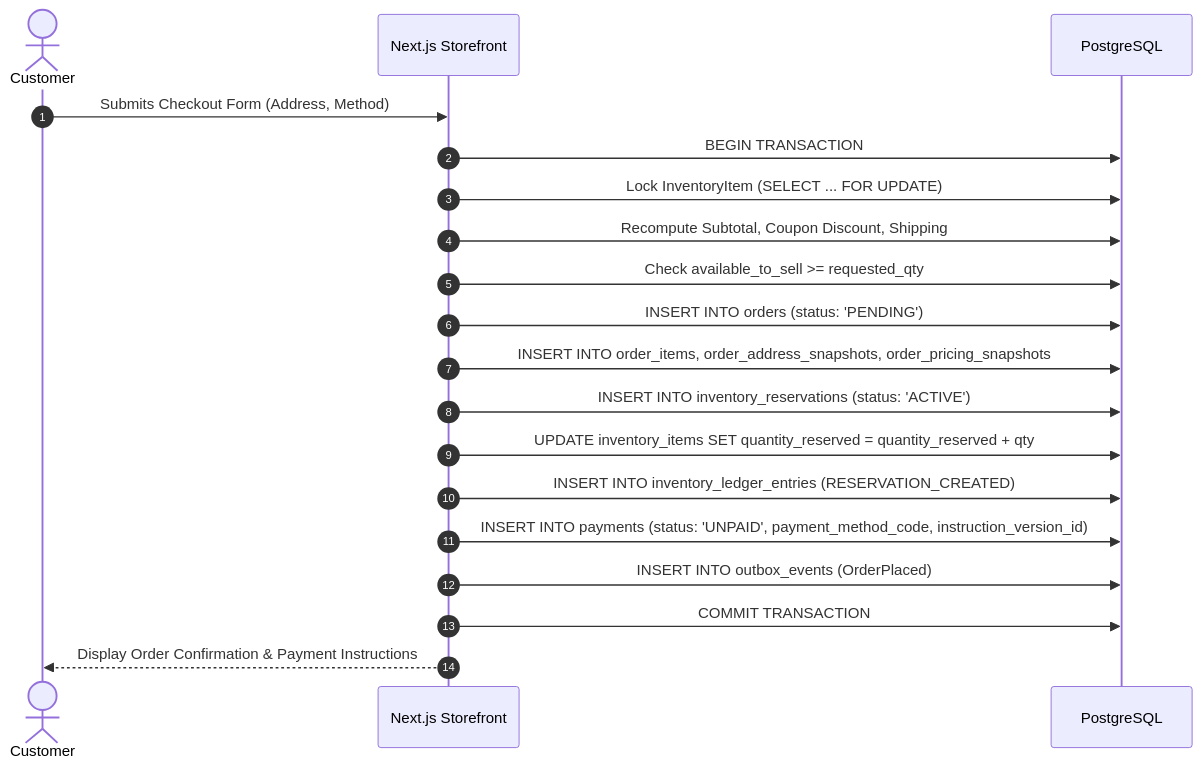
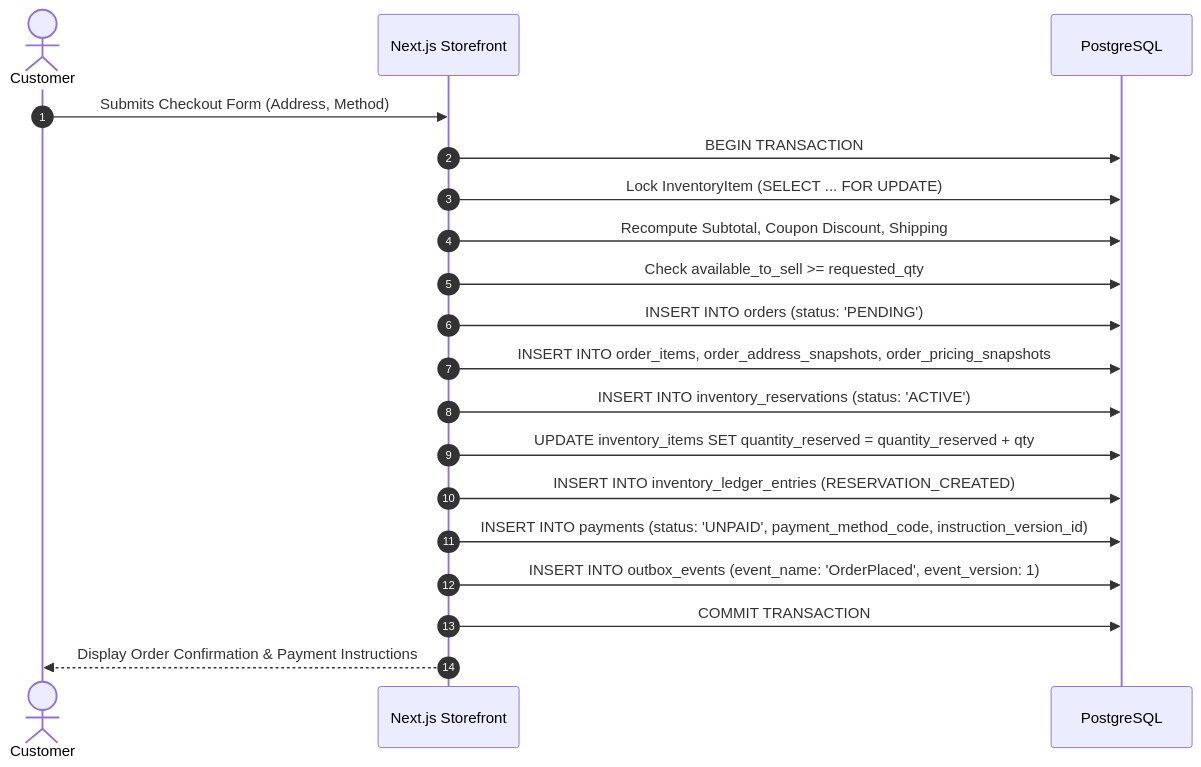
Before and after one commit to SaeBryxn/GamerPeru-Vercel: the ninth of 15 diagrams in docs/architecture/COMMERCE_DOMAIN_MODEL.md, drawn with Mermaid. The commit also changed other lines of this file and 1 other file, not shown here.

Commit message:
docs: finalize GP-004 schema readiness

````diff
--- a/docs/architecture/COMMERCE_DOMAIN_MODEL.md
+++ b/docs/architecture/COMMERCE_DOMAIN_MODEL.md
@@ -1271,22 +1327,22 @@
 ```mermaid
 sequenceDiagram
     autonumber
     actor Customer
     participant Storefront as Next.js Storefront
     participant DB as PostgreSQL
 
     Customer->>Storefront: Submits Checkout Form (Address, Method)
     Storefront->>DB: BEGIN TRANSACTION
     Storefront->>DB: Lock InventoryItem (SELECT ... FOR UPDATE)
     Storefront->>DB: Recompute Subtotal, Coupon Discount, Shipping
     Storefront->>DB: Check available_to_sell >= requested_qty
     Storefront->>DB: INSERT INTO orders (status: 'PENDING')
     Storefront->>DB: INSERT INTO order_items, order_address_snapshots, order_pricing_snapshots
     Storefront->>DB: INSERT INTO inventory_reservations (status: 'ACTIVE')
     Storefront->>DB: UPDATE inventory_items SET quantity_reserved = quantity_reserved + qty
     Storefront->>DB: INSERT INTO inventory_ledger_entries (RESERVATION_CREATED)
     Storefront->>DB: INSERT INTO payments (status: 'UNPAID', payment_method_code, instruction_version_id)
-    Storefront->>DB: INSERT INTO outbox_events (OrderPlaced)
+    Storefront->>DB: INSERT INTO outbox_events (event_name: 'OrderPlaced', event_version: 1)
     Storefront->>DB: COMMIT TRANSACTION
     Storefront-->>Customer: Display Order Confirmation & Payment Instructions
 ```
````
